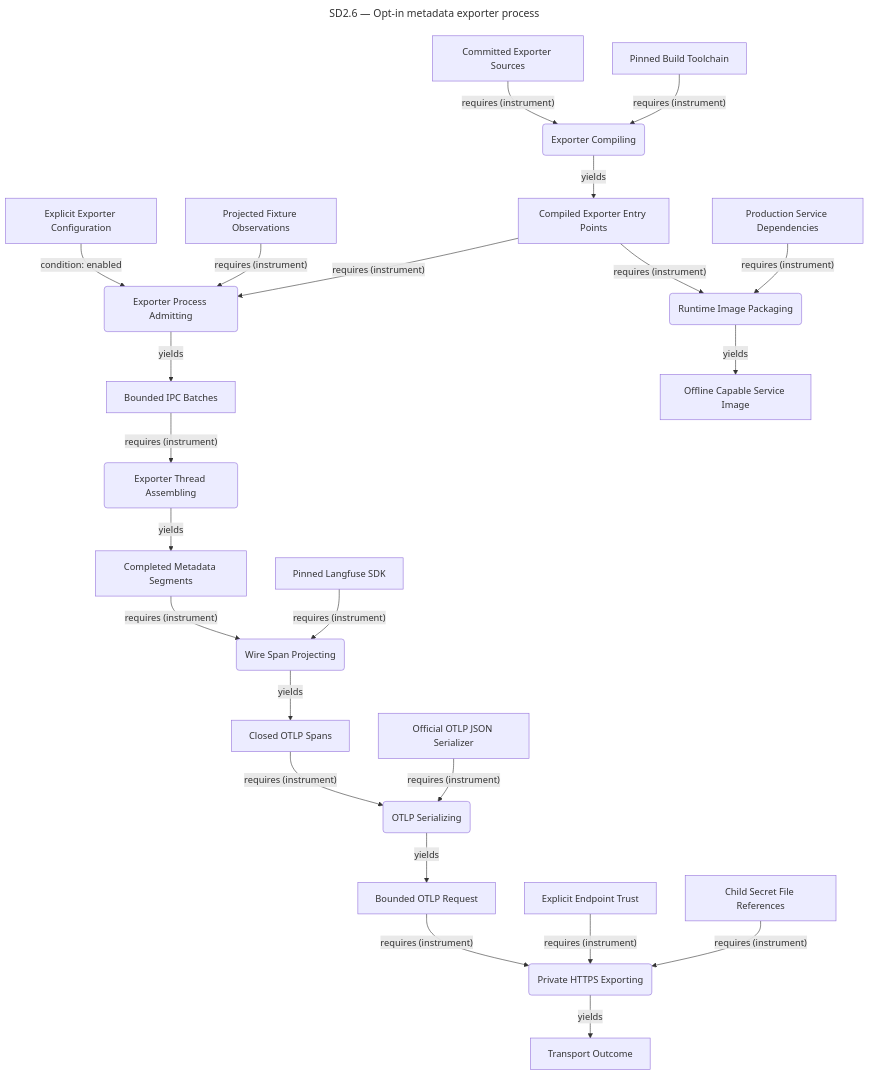
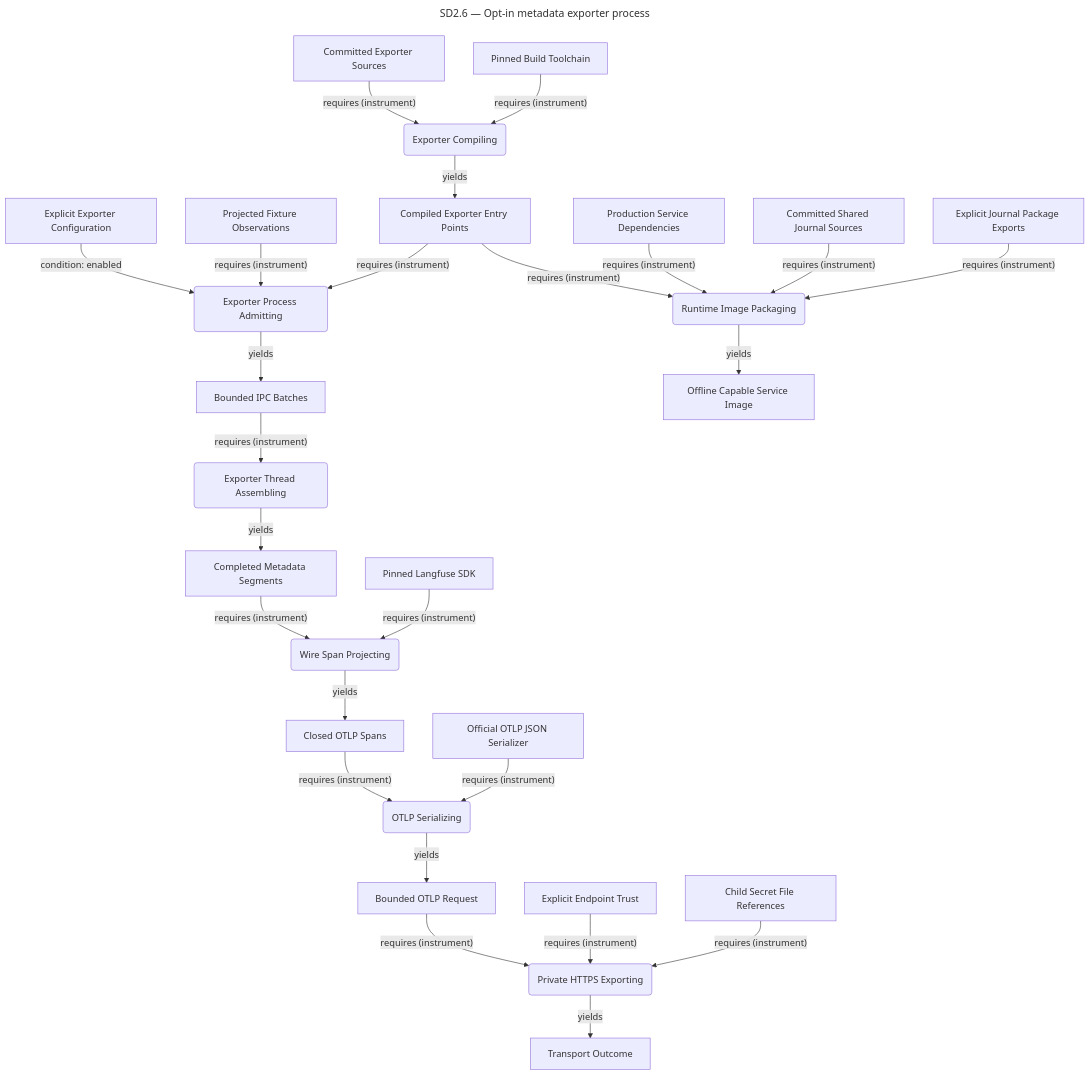
Diagram 14 of 19 in opm/system.md (ojfbot/daily-logger), drawn with Mermaid before and after one commit. The commit also changed other lines of this file and 23 other files, not shown here.

Commit message:
feat(service): validate recorded drafts with shared article schemas

````diff
--- a/opm/system.md
+++ b/opm/system.md
@@ -1699,53 +1699,57 @@
 ```mermaid
 ---
 title: "SD2.6 — Opt-in metadata exporter process"
 ---
 flowchart TD
   accTitle: SD2.6 — Opt-in metadata exporter process
   accDescr: Lossy system model projection. Complete source facts follow this diagram.
   n322["Explicit Exporter Configuration"]
   n310("Exporter Process Admitting")
   n303["Projected Fixture Observations"]
   n323["Compiled Exporter Entry Points"]
   n324["Bounded IPC Batches"]
   n325("Exporter Thread Assembling")
   n326["Completed Metadata Segments"]
   n327("Wire Span Projecting")
   n328["Pinned Langfuse SDK"]
   n329["Closed OTLP Spans"]
   n330("OTLP Serializing")
   n331["Official OTLP JSON Serializer"]
   n332["Bounded OTLP Request"]
   n333("Private HTTPS Exporting")
   n334["Explicit Endpoint Trust"]
   n335["Child Secret File References"]
   n336["Transport Outcome"]
   n337("Exporter Compiling")
   n338["Committed Exporter Sources"]
   n339["Pinned Build Toolchain"]
   n340("Runtime Image Packaging")
   n341["Production Service Dependencies"]
-  n342["Offline Capable Service Image"]
+  n342["Committed Shared Journal Sources"]
+  n343["Explicit Journal Package Exports"]
+  n344["Offline Capable Service Image"]
   n322 -->|"condition: enabled"| n310
   n303 -->|"requires (instrument)"| n310
   n323 -->|"requires (instrument)"| n310
   n310 -->|"yields"| n324
   n324 -->|"requires (instrument)"| n325
   n325 -->|"yields"| n326
   n326 -->|"requires (instrument)"| n327
   n328 -->|"requires (instrument)"| n327
   n327 -->|"yields"| n329
   n329 -->|"requires (instrument)"| n330
   n331 -->|"requires (instrument)"| n330
   n330 -->|"yields"| n332
   n332 -->|"requires (instrument)"| n333
   n334 -->|"requires (instrument)"| n333
   n335 -->|"requires (instrument)"| n333
   n333 -->|"yields"| n336
   n338 -->|"requires (instrument)"| n337
   n339 -->|"requires (instrument)"| n337
   n337 -->|"yields"| n323
   n323 -->|"requires (instrument)"| n340
   n341 -->|"requires (instrument)"| n340
-  n340 -->|"yields"| n342
+  n342 -->|"requires (instrument)"| n340
+  n343 -->|"requires (instrument)"| n340
+  n340 -->|"yields"| n344
 ```
````
